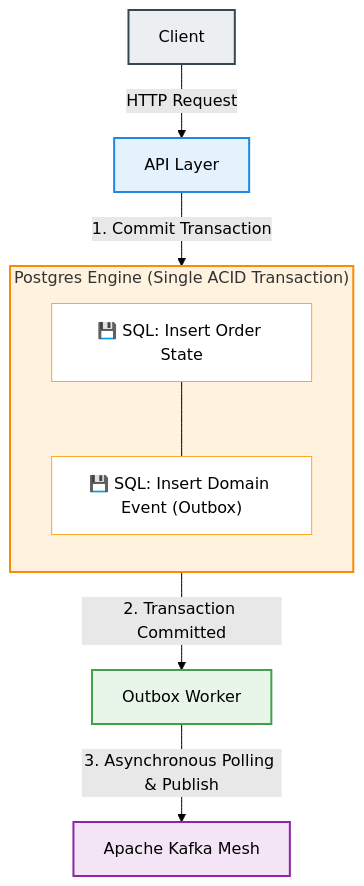
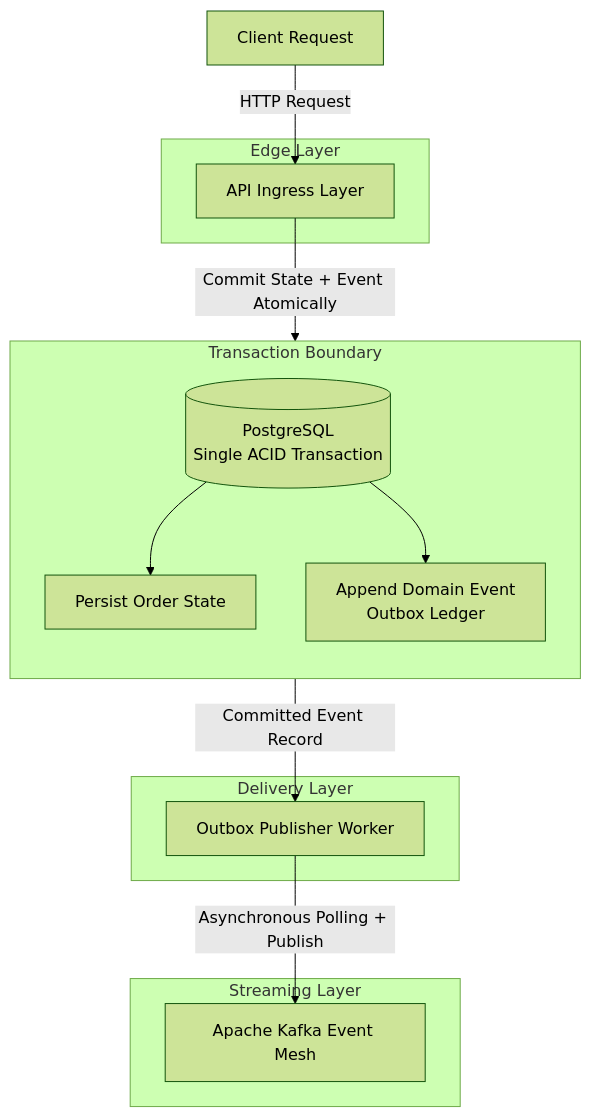
Before and after one commit to Thiago771414/event-driven-order-processing-system: the third of 7 diagrams in README.md, drawn with Mermaid (forest theme). The commit also changed other lines of this file, not shown here.

Commit message:
Revise Transactional Outbox Pattern section in README
Updated the section title and clarified the explanation of the Transactional Outbox Pattern. Enhanced the flowchart and added details on execution flow and engineering outcomes.

````diff
--- a/README.md
+++ b/README.md
@@ -514,24 +514,35 @@
 ```mermaid
 flowchart TD
-    Client[Client] -->|HTTP Request| API[API Layer]
-    
-    subgraph DB_TX ["Postgres Engine (Single ACID Transaction)"]
-        direction TB
-        SQL1["💾 SQL: Insert Order State"]
-        SQL2["💾 SQL: Insert Domain Event (Outbox)"]
-        SQL1 --- SQL2
+
+    A[Client Request]
+
+    subgraph Edge Layer
+        B[API Ingress Layer]
     end
 
-    API -->|1. Commit Transaction| DB_TX
-    DB_TX -->|2. Transaction Committed| OutboxWorker[Outbox Worker]
-    OutboxWorker -->|3. Asynchronous Polling & Publish| Kafka[Apache Kafka Mesh]
+    subgraph Transaction Boundary
+        direction TB
+        C[(PostgreSQL<br/>Single ACID Transaction)]
+        C1[Persist Order State]
+        C2[Append Domain Event<br/>Outbox Ledger]
 
-    %% Estilização para um visual moderno e sênior
-    style Client fill:#ECEFF1,stroke:#37474F,stroke-width:2px
-    style API fill:#E3F2FD,stroke:#1E88E5,stroke-width:2px
-    style DB_TX fill:#FFF3E0,stroke:#FB8C00,stroke-width:2px
-    style SQL1 fill:#FFFFFF,stroke:#FFA726,stroke-width:1px
-    style SQL2 fill:#FFFFFF,stroke:#FFA726,stroke-width:1px
-    style OutboxWorker fill:#E8F5E9,stroke:#43A047,stroke-width:2px
-    style Kafka fill:#F3E5F5,stroke:#8E24AA,stroke-width:2px
+        C --> C1
+        C --> C2
+    end
+
+    subgraph Delivery Layer
+        D[Outbox Publisher Worker]
+    end
+
+    subgraph Streaming Layer
+        E[Apache Kafka Event Mesh]
+    end
+
+    A -->|HTTP Request| B
+
+    B -->|Commit State + Event Atomically| C
+
+    C2 -->|Committed Event Record| D
+
+    D -->|Asynchronous Polling + Publish| E
 ```
````
